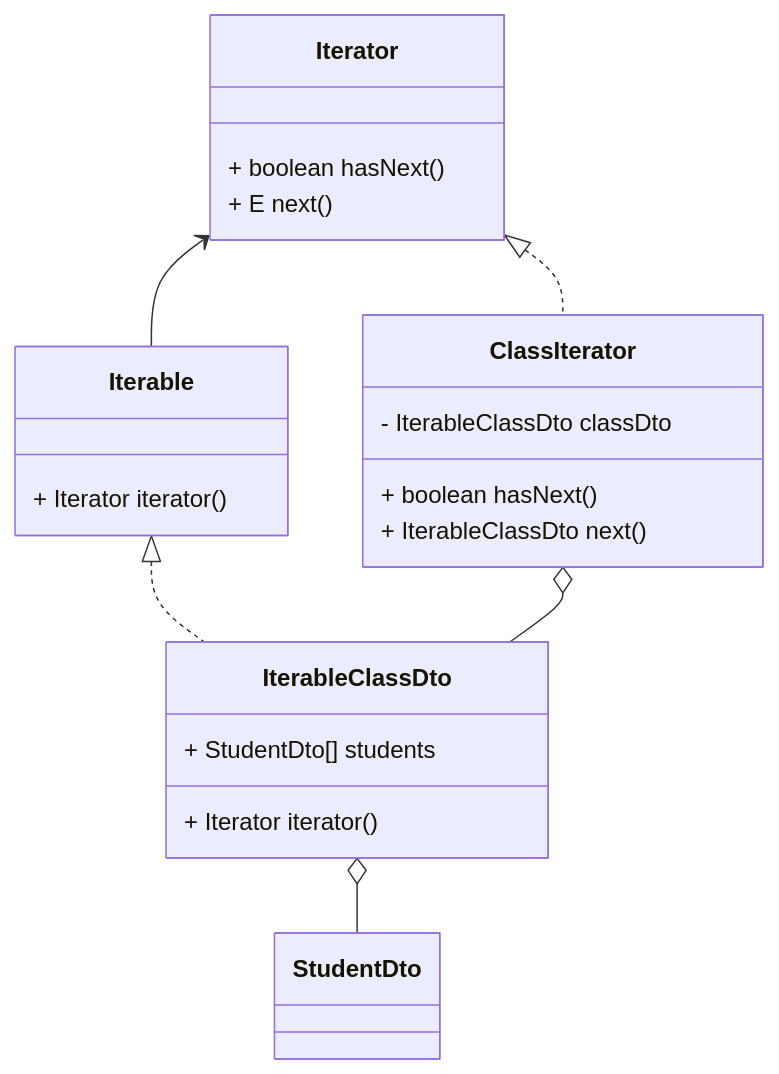
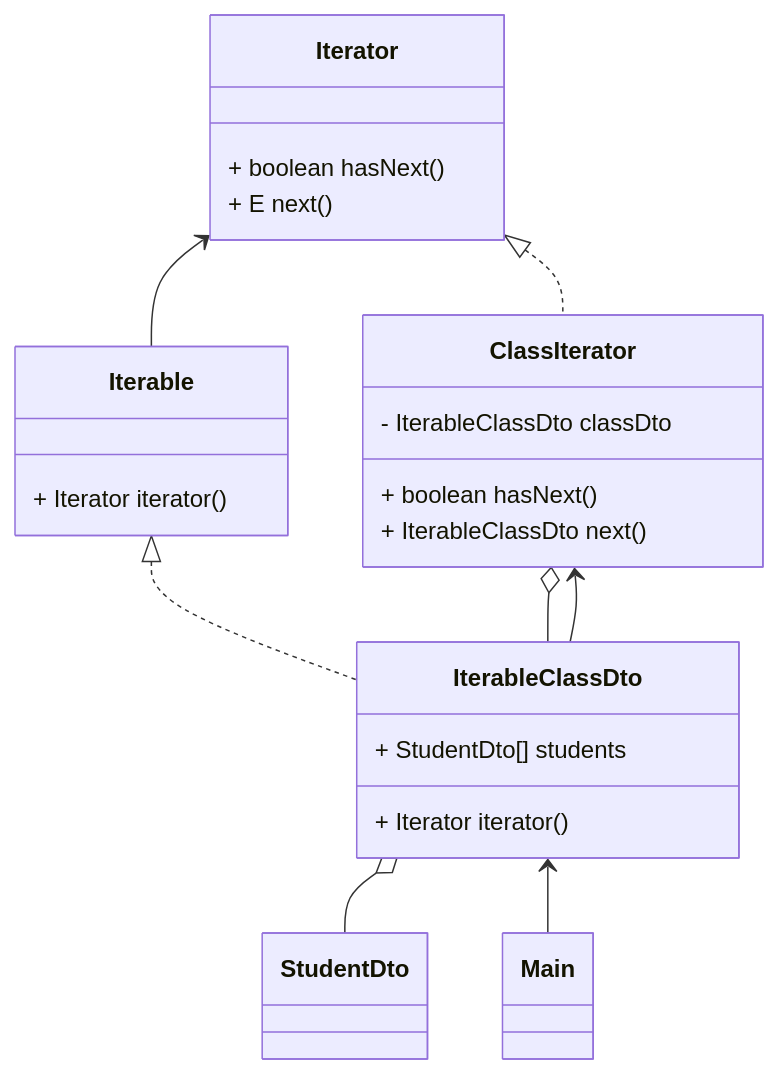
One commit to macinwasabi/sample-SchoolManager changed the first of 3 diagrams in doc/ss/designpattern/README.md. Above: the diagram before and after it, drawn with Mermaid. The commit also changed other lines of this file and 7 other files, not shown here.

````diff
--- a/doc/ss/designpattern/README.md
+++ b/doc/ss/designpattern/README.md
@@ -35,26 +35,28 @@
   ```mermaid
   classDiagram
       Iterable <|.. IterableClassDto
       IterableClassDto o-- StudentDto
       Iterator <|.. ClassIterator
       Iterator <-- Iterable
       ClassIterator o-- IterableClassDto
+      ClassIterator <-- IterableClassDto
+      IterableClassDto <-- Main
       class Iterator{
           + boolean hasNext()
           + E next()
       }
       class Iterable{
           + Iterator iterator()
       }
       class StudentDto{
       }
       class IterableClassDto{
         + StudentDto[] students
         + Iterator iterator()
       }
       class ClassIterator{
         - IterableClassDto classDto
         + boolean hasNext()
         + IterableClassDto next()
       }
   ```
````
